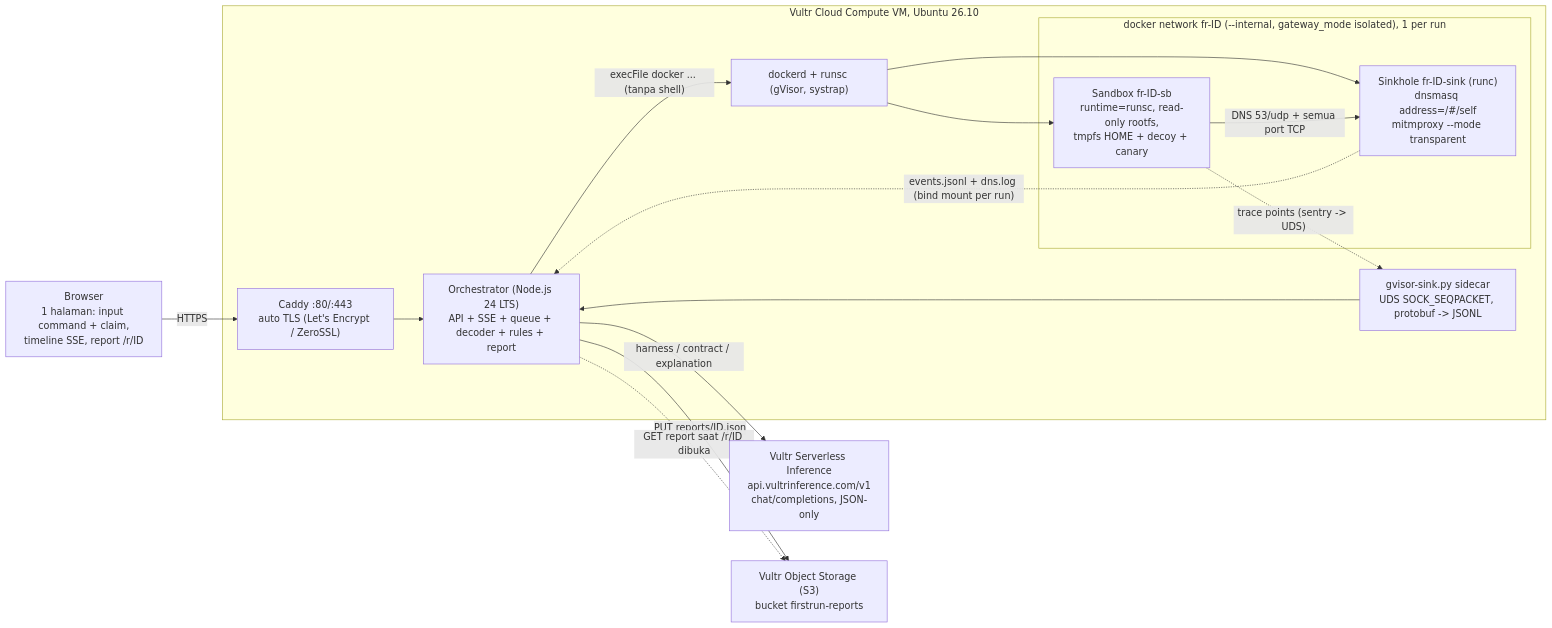
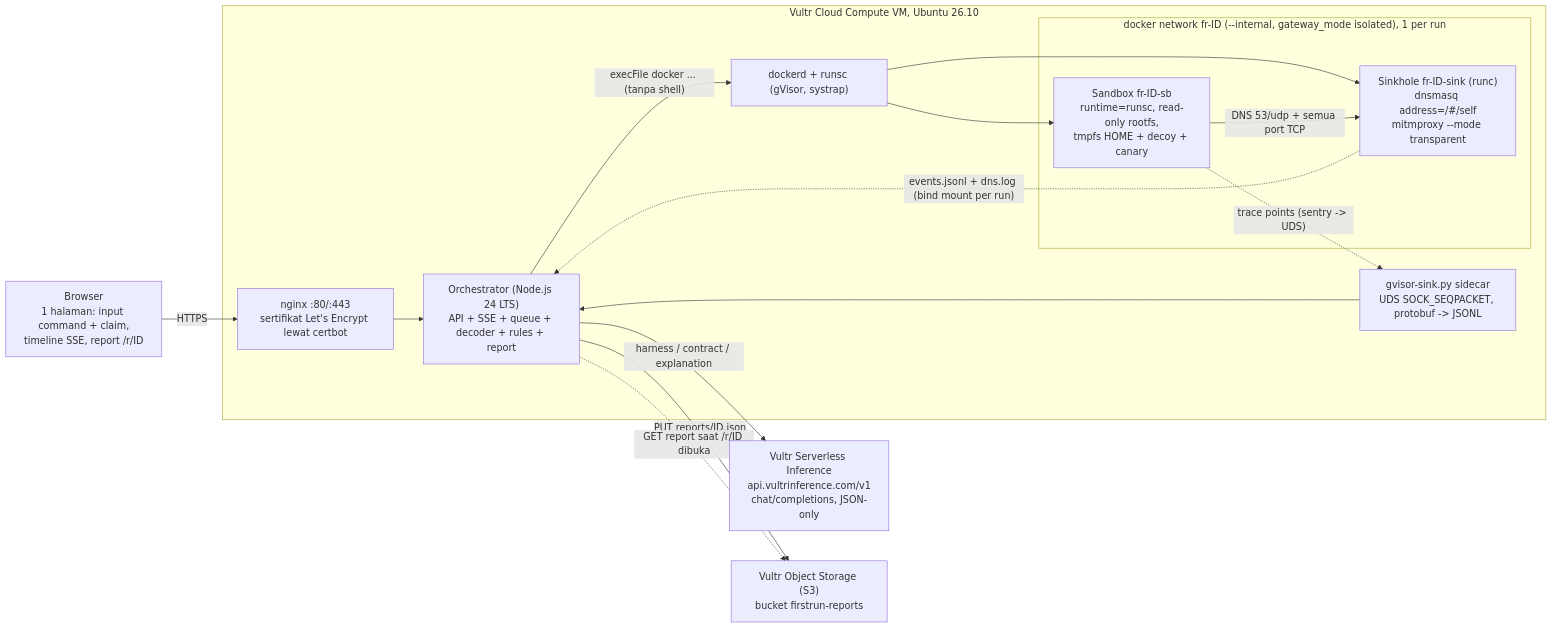
Before and after one commit to hamzahmisbach/firstrun: the diagram in docs/ARCHITECTURE.md, drawn with Mermaid. The commit also changed other lines of this file and 14 other files, not shown here.

First line of the commit message:
Serve the site over HTTPS with nginx and certbot

````diff
--- a/docs/ARCHITECTURE.md
+++ b/docs/ARCHITECTURE.md
@@ -15,29 +15,29 @@
 ```mermaid
 flowchart LR
   U["Browser<br/>1 halaman: input command + claim,<br/>timeline SSE, report /r/ID"]
 
   subgraph VM["Vultr Cloud Compute VM, Ubuntu 26.10"]
-    C["Caddy :80/:443<br/>auto TLS (Let's Encrypt / ZeroSSL)"]
+    C["nginx :80/:443<br/>sertifikat Let's Encrypt lewat certbot"]
     O["Orchestrator (Node.js 24 LTS)<br/>API + SSE + queue + decoder + rules + report"]
     G["gvisor-sink.py sidecar<br/>UDS SOCK_SEQPACKET, protobuf -> JSONL"]
     D["dockerd + runsc (gVisor, systrap)"]
     subgraph NET["docker network fr-ID (--internal, gateway_mode isolated), 1 per run"]
       SB["Sandbox fr-ID-sb<br/>runtime=runsc, read-only rootfs,<br/>tmpfs HOME + decoy + canary"]
       SK["Sinkhole fr-ID-sink (runc)<br/>dnsmasq address=/#/self<br/>mitmproxy --mode transparent"]
     end
   end
 
   VI["Vultr Serverless Inference<br/>api.vultrinference.com/v1<br/>chat/completions, JSON-only"]
   OS["Vultr Object Storage (S3)<br/>bucket firstrun-reports"]
 
   U -->|HTTPS| C --> O
   O -->|"execFile docker ... (tanpa shell)"| D
   D --> SB
   D --> SK
   SB -->|"DNS 53/udp + semua port TCP"| SK
   SK -.->|"events.jsonl + dns.log (bind mount per run)"| O
   SB -.->|"trace points (sentry -> UDS)"| G --> O
   O -->|"harness / contract / explanation"| VI
   O -->|"PUT reports/ID.json"| OS
   O -.->|"GET report saat /r/ID dibuka"| OS
 ```
````
